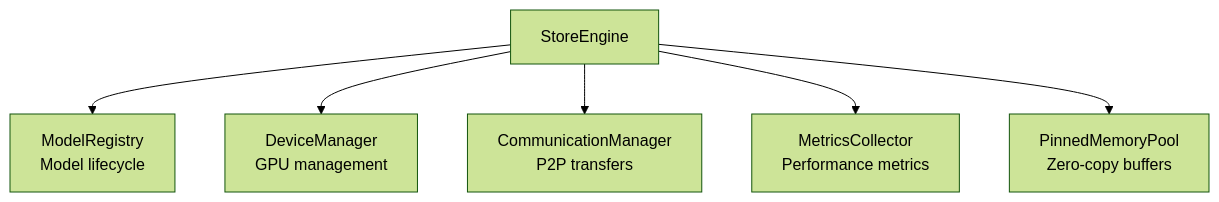
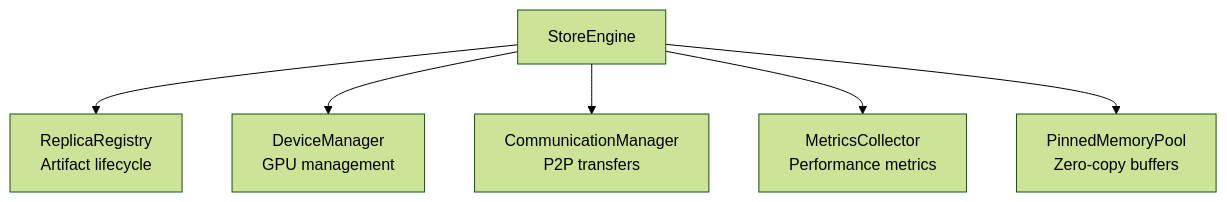
The fourth of 4 diagrams in web-docs/docs/developer-guides/architecture/store-daemon.md (tensorcast-ai/tensorcast), drawn with Mermaid (forest theme) before and after one commit. The commit also changed other lines of this file and 331 other files, not shown here.

Commit message:
refactor: refactor model to artifact & replica

````diff
--- a/web-docs/docs/developer-guides/architecture/store-daemon.md
+++ b/web-docs/docs/developer-guides/architecture/store-daemon.md
@@ -172,8 +172,8 @@
 ```mermaid
 graph TD
-    CS[StoreEngine] --> MR[ModelRegistry<br/>Model lifecycle]
+    CS[StoreEngine] --> MR[ReplicaRegistry<br/>Artifact lifecycle]
     CS --> DM[DeviceManager<br/>GPU management]
     CS --> CM[CommunicationManager<br/>P2P transfers]
     CS --> MC[MetricsCollector<br/>Performance metrics]
     CS --> PM[PinnedMemoryPool<br/>Zero-copy buffers]
 ```
````
